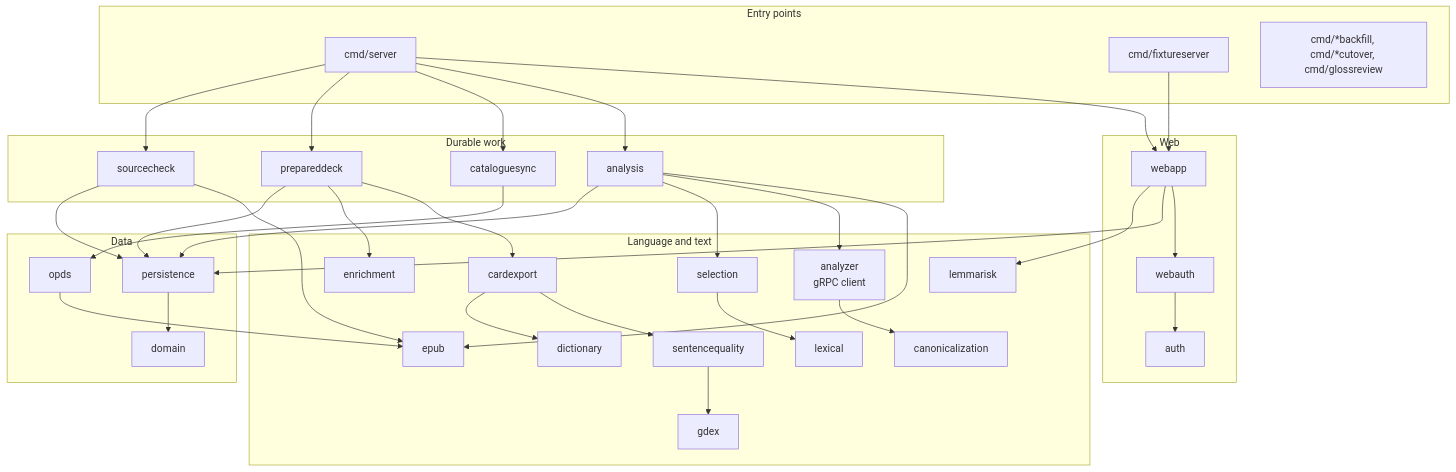
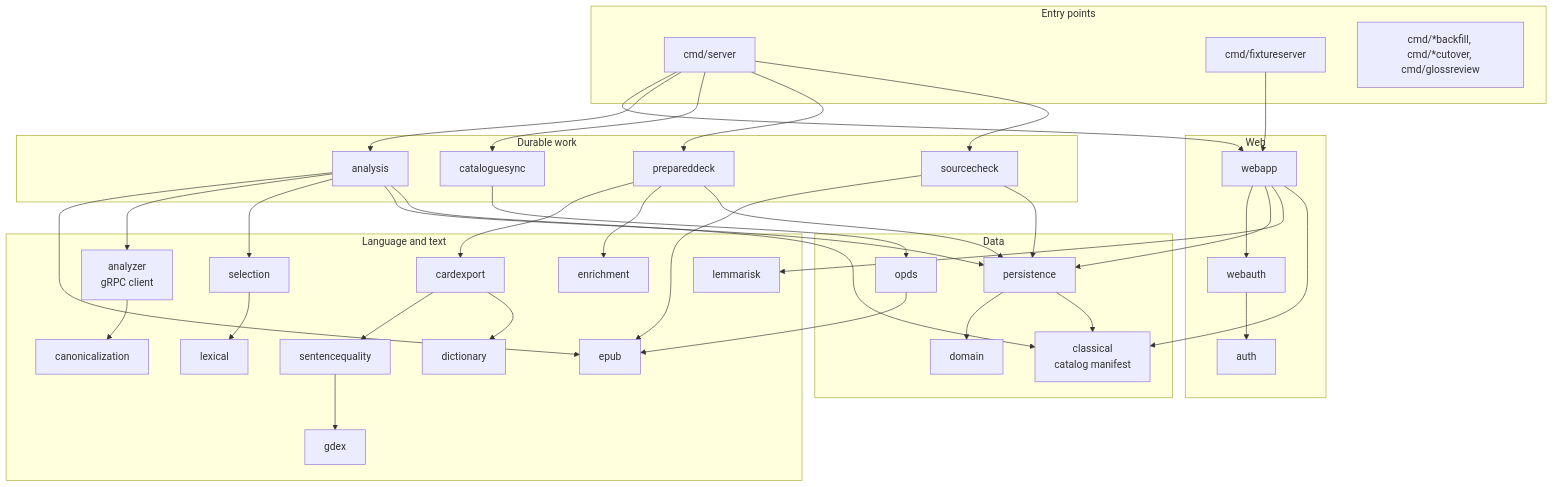
The sixth of 6 diagrams in ARCHITECTURE.md (justin-hayes/mouseion), drawn with Mermaid before and after one commit. The commit also changed other lines of this file and 23 other files, not shown here.

First line of the commit message:
docs(classical): describe the Classical catalog in present-state docs

````diff
--- a/ARCHITECTURE.md
+++ b/ARCHITECTURE.md
@@ -259,50 +280,54 @@
 ```mermaid
 flowchart TB
     subgraph entry[Entry points]
         server[cmd/server]
         fixture[cmd/fixtureserver]
         tools[cmd/*backfill, cmd/*cutover, cmd/glossreview]
     end
     subgraph web[Web]
         webapp[webapp]
         webauth[webauth]
         auth[auth]
     end
     subgraph jobs[Durable work]
         analysis[analysis]
         cataloguesync[cataloguesync]
         prepareddeck[prepareddeck]
         sourcecheck[sourcecheck]
     end
     subgraph lang[Language and text]
         epub[epub]
         analyzer[analyzer<br/>gRPC client]
         canonicalization[canonicalization]
         selection[selection]
         lexical[lexical]
         gdex[gdex]
         sentencequality[sentencequality]
         lemmarisk[lemmarisk]
         dictionary[dictionary]
         enrichment[enrichment]
         cardexport[cardexport]
     end
     subgraph data[Data]
         domain[domain]
         persistence[persistence]
+        classical[classical<br/>catalog manifest]
         opds[opds]
     end
     server --> webapp & analysis & cataloguesync & prepareddeck & sourcecheck
     fixture --> webapp
     webapp --> webauth --> auth
     webapp --> persistence & lemmarisk
     analysis --> epub & analyzer & selection & persistence
     sourcecheck --> epub & persistence
     cataloguesync --> opds --> epub
     prepareddeck --> cardexport & enrichment & persistence
     cardexport --> sentencequality & dictionary
     sentencequality --> gdex
     selection --> lexical
     analyzer --> canonicalization
     persistence --> domain
+    persistence --> classical
+    analysis --> classical
+    webapp --> classical
 ```
````
